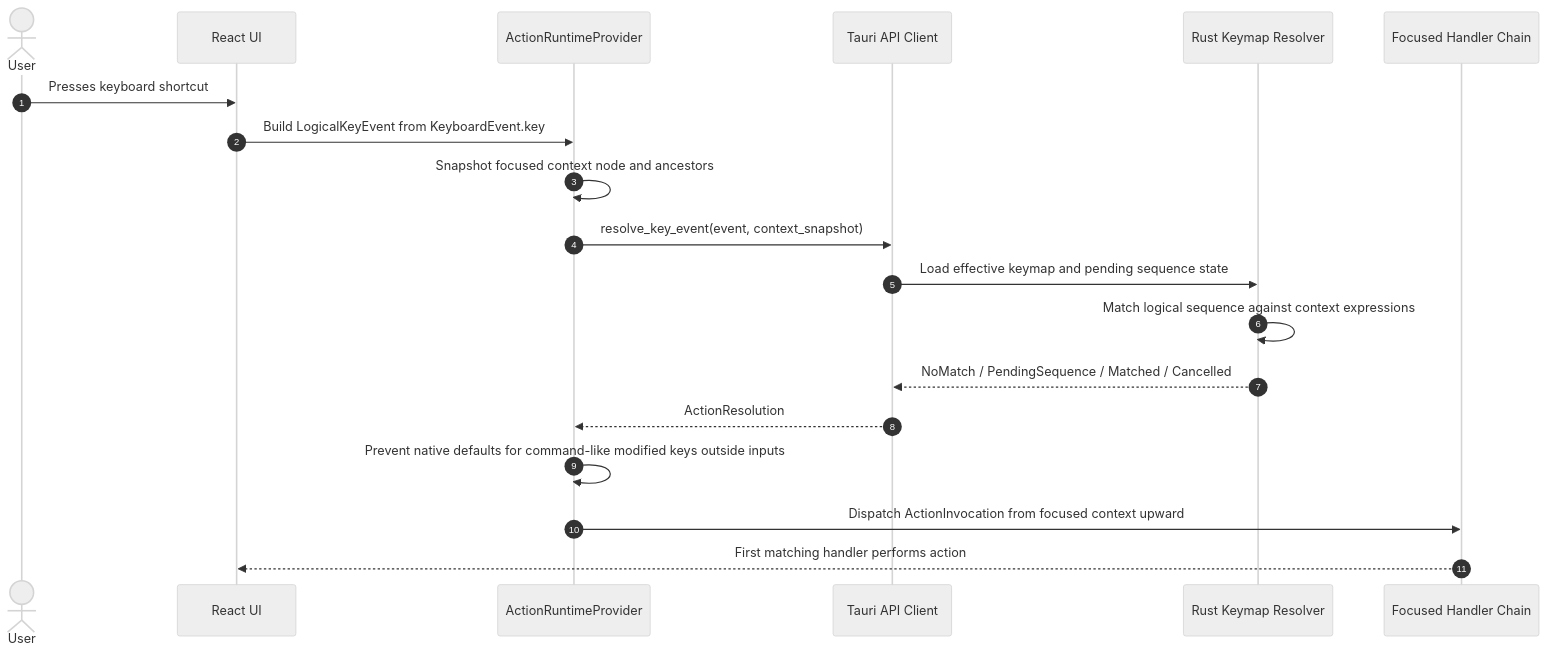
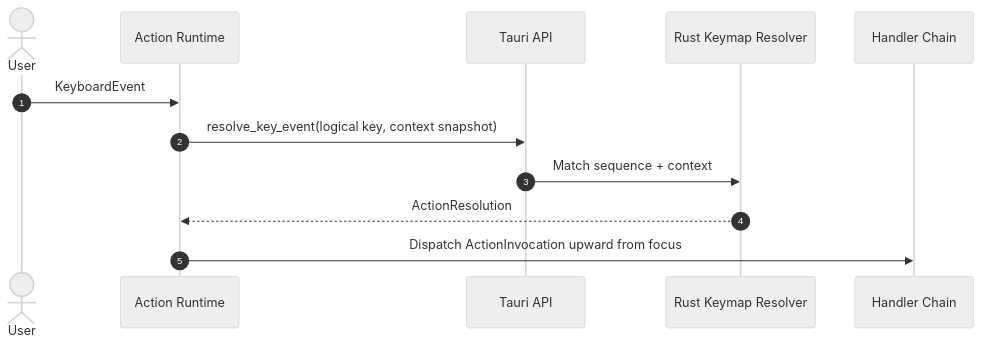
One commit to andmoreduro/ergo changed the seventh of 9 diagrams in context/sequence-diagrams.md. Above: the diagram before and after it, drawn with Mermaid (neutral theme). The commit also changed other lines of this file and 12 other files, not shown here.

````diff
--- a/context/sequence-diagrams.md
+++ b/context/sequence-diagrams.md
@@ -269,23 +138,16 @@
 ```mermaid
 sequenceDiagram
     autonumber
 
     actor User
-    participant UI as React UI
-    participant Runtime as ActionRuntimeProvider
-    participant API as Tauri API Client
+    participant Runtime as Action Runtime
+    participant API as Tauri API
     participant Resolver as Rust Keymap Resolver
-    participant Handlers as Focused Handler Chain
+    participant Handlers as Handler Chain
 
-    User->>UI: Presses keyboard shortcut
-    UI->>Runtime: Build LogicalKeyEvent from KeyboardEvent.key
-    Runtime->>Runtime: Snapshot focused context node and ancestors
-    Runtime->>API: resolve_key_event(event, context_snapshot)
-    API->>Resolver: Load effective keymap and pending sequence state
-    Resolver->>Resolver: Match logical sequence against context expressions
-    Resolver-->>API: NoMatch / PendingSequence / Matched / Cancelled
-    API-->>Runtime: ActionResolution
-    Runtime->>Runtime: Prevent native defaults for command-like modified keys outside inputs
-    Runtime->>Handlers: Dispatch ActionInvocation from focused context upward
-    Handlers-->>UI: First matching handler performs action
+    User->>Runtime: KeyboardEvent
+    Runtime->>API: resolve_key_event(logical key, context snapshot)
+    API->>Resolver: Match sequence + context
+    Resolver-->>Runtime: ActionResolution
+    Runtime->>Handlers: Dispatch ActionInvocation upward from focus
 ```
````
